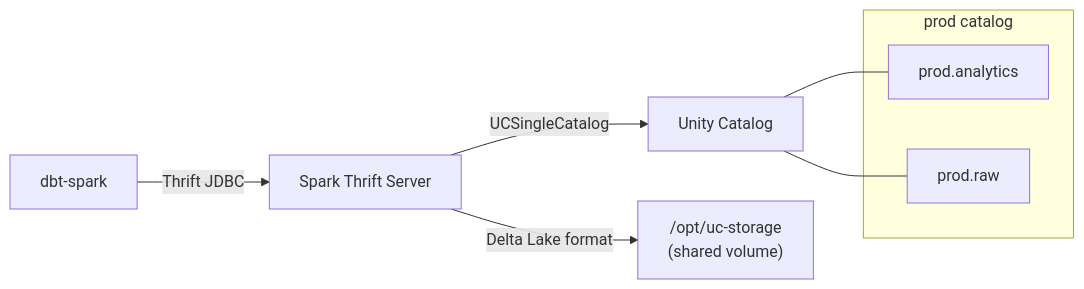
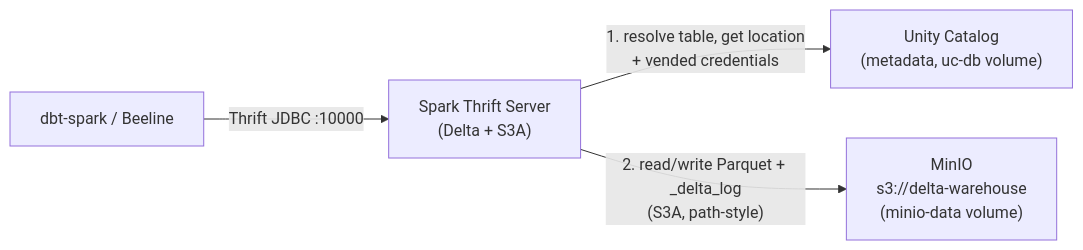
One commit to KikeSenpai/delta-analytics-engineering-template changed the diagram in README.md. Above: the diagram before and after it, drawn with Mermaid. The commit also changed other lines of this file and 10 other files, not shown here.

First line of the commit message:
feat(infra): store all Delta tables in MinIO, Unity Catalog as metadata only

````diff
--- a/README.md
+++ b/README.md
@@ -130,18 +140,11 @@
 ```mermaid
 graph LR
-    dbt["dbt-spark"]
-    spark["Spark Thrift Server"]
-    uc["Unity Catalog"]
-    storage["/opt/uc-storage\n(shared volume)"]
+    dbt["dbt-spark / Beeline"]
+    spark["Spark Thrift Server<br/>(Delta + S3A)"]
+    uc["Unity Catalog<br/>(metadata, uc-db volume)"]
+    minio["MinIO<br/>s3://delta-warehouse<br/>(minio-data volume)"]
 
-    dbt -- "Thrift JDBC" --> spark
-    spark -- "UCSingleCatalog" --> uc
-    spark -- "Delta Lake format" --> storage
-
-    subgraph "prod catalog"
-        prod_analytics["prod.analytics"]
-        prod_raw["prod.raw"]
-    end
-    uc --- prod_analytics
-    uc --- prod_raw
+    dbt -- "Thrift JDBC :10000" --> spark
+    spark -- "1. resolve table, get location<br/>+ vended credentials" --> uc
+    spark -- "2. read/write Parquet + _delta_log<br/>(S3A, path-style)" --> minio
 ```
````
